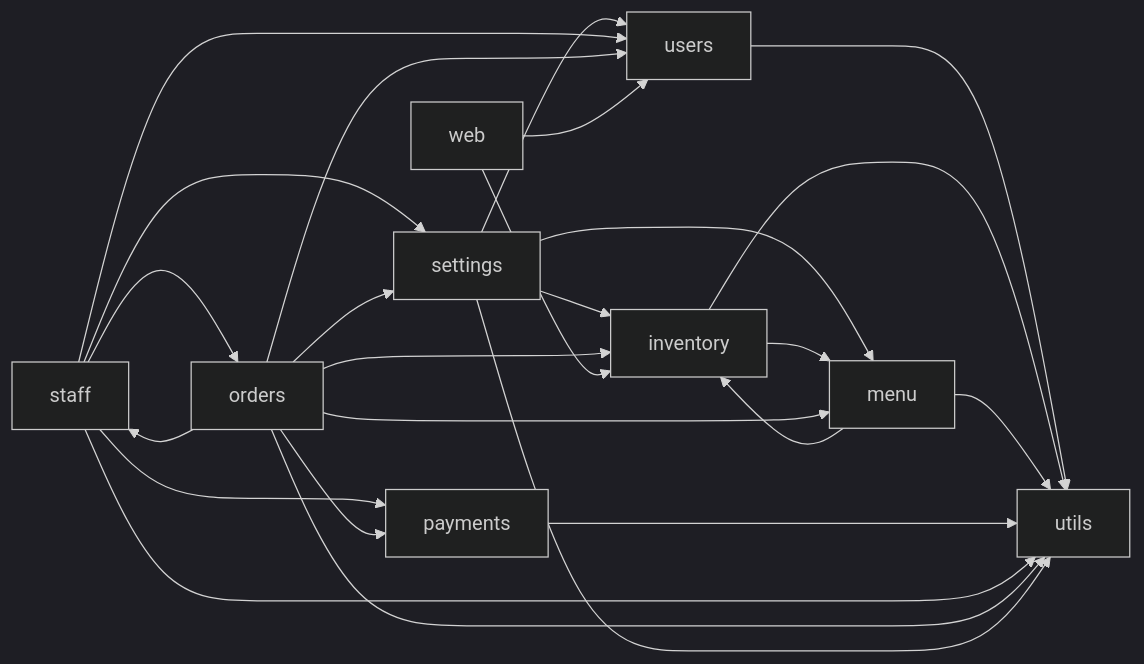
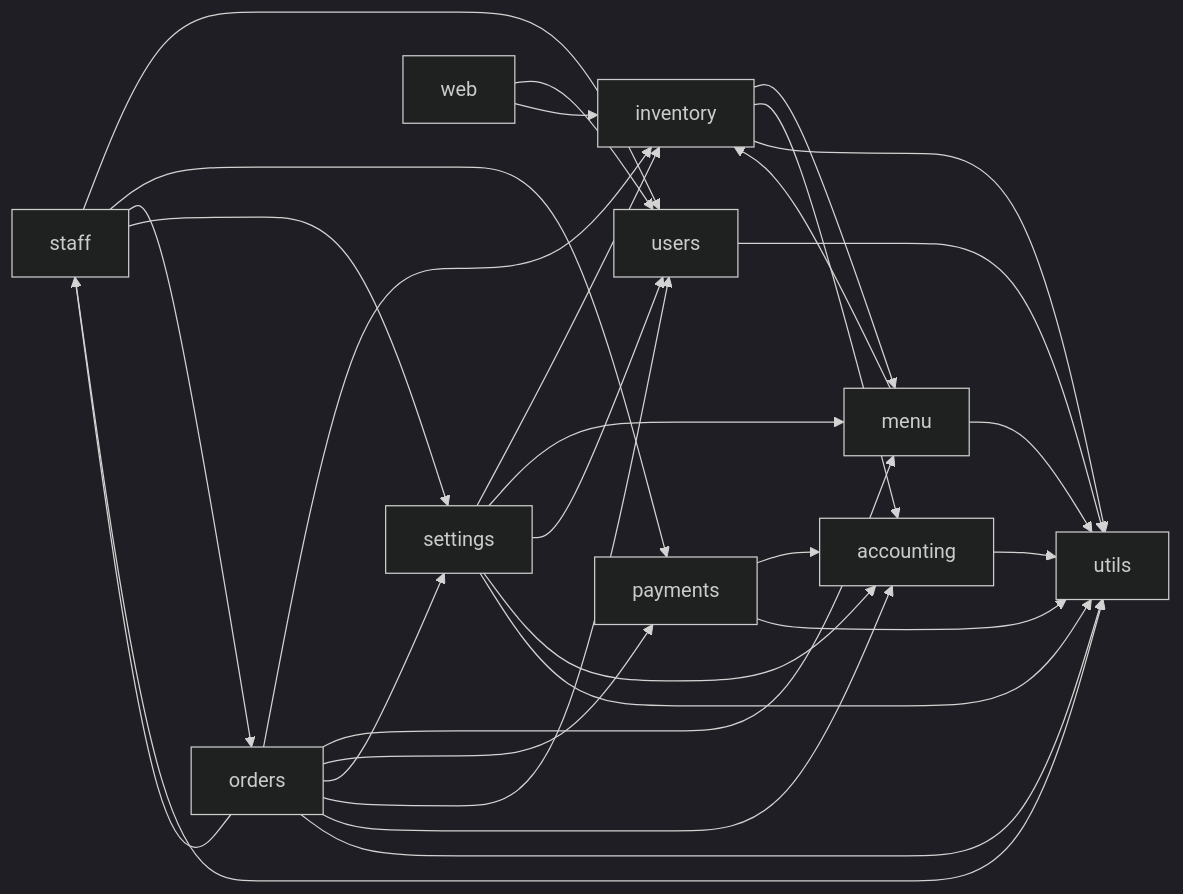
Before and after one commit to sanusi-dev/RestPOS: the diagram in docs/architecture/dependencies.md, drawn with Mermaid (dark theme). The commit also changed other lines of this file and 9 other files, not shown here.

````diff
--- a/docs/architecture/dependencies.md
+++ b/docs/architecture/dependencies.md
@@ -5,36 +5,42 @@
 ```mermaid
 flowchart LR
     users[users]
     settings[settings]
     inventory[inventory]
     menu[menu]
     payments[payments]
     staff[staff]
     orders[orders]
+    accounting[accounting]
     web[web]
     utils[utils]
     settings --> inventory
     settings --> menu
     settings --> users
     inventory --> menu
     menu --> inventory
     staff --> users
     staff --> payments
     staff --> orders
     staff --> settings
     orders --> inventory
     orders --> menu
     orders --> payments
     orders --> settings
     orders --> staff
     orders --> users
+    orders --> accounting
+    payments --> accounting
+    settings --> accounting
+    inventory --> accounting
     web --> users
     web --> inventory
     users --> utils
     inventory --> utils
     menu --> utils
     payments --> utils
     staff --> utils
     orders --> utils
     settings --> utils
+    accounting --> utils
 ```
````
